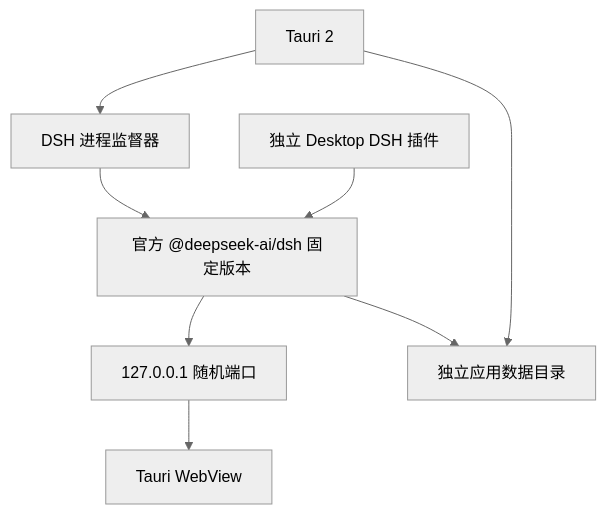
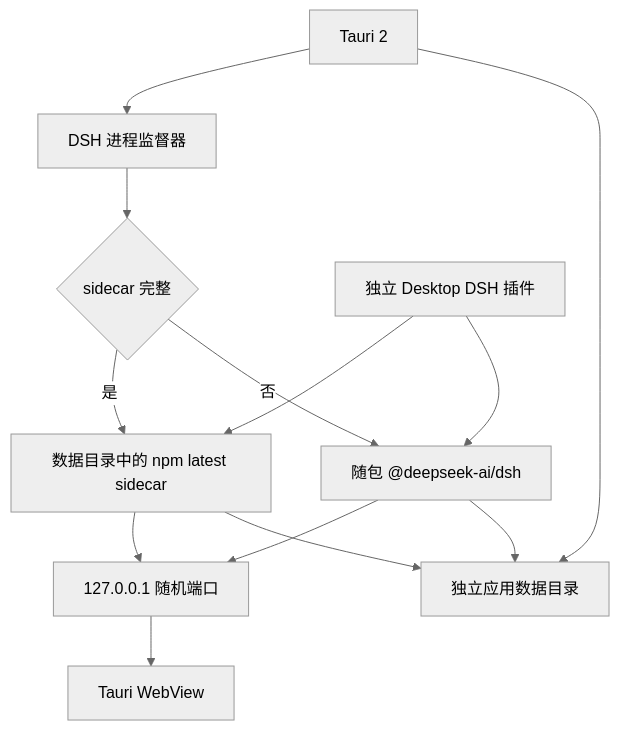
The diagram in docs/architecture.md (GoyacJ/deepseek-harness-desktop), drawn with Mermaid (neutral theme) before and after one commit. The commit also changed other lines of this file and 16 other files, not shown here.

Commit message:
release: add DSH npm latest updates and publish v0.1.6

````diff
--- a/docs/architecture.md
+++ b/docs/architecture.md
@@ -15,10 +15,15 @@
 ```mermaid
 flowchart TD
   T["Tauri 2"] --> S["DSH 进程监督器"]
-  S --> N["官方 @deepseek-ai/dsh 固定版本"]
+  S --> R{"sidecar 完整"}
+  R -->|是| N["数据目录中的 npm latest sidecar"]
+  R -->|否| B["随包 @deepseek-ai/dsh"]
   N --> H["127.0.0.1 随机端口"]
+  B --> H
   H --> W["Tauri WebView"]
   P["独立 Desktop DSH 插件"] --> N
+  P --> B
   T --> D["独立应用数据目录"]
   N --> D
+  B --> D
 ```
````
